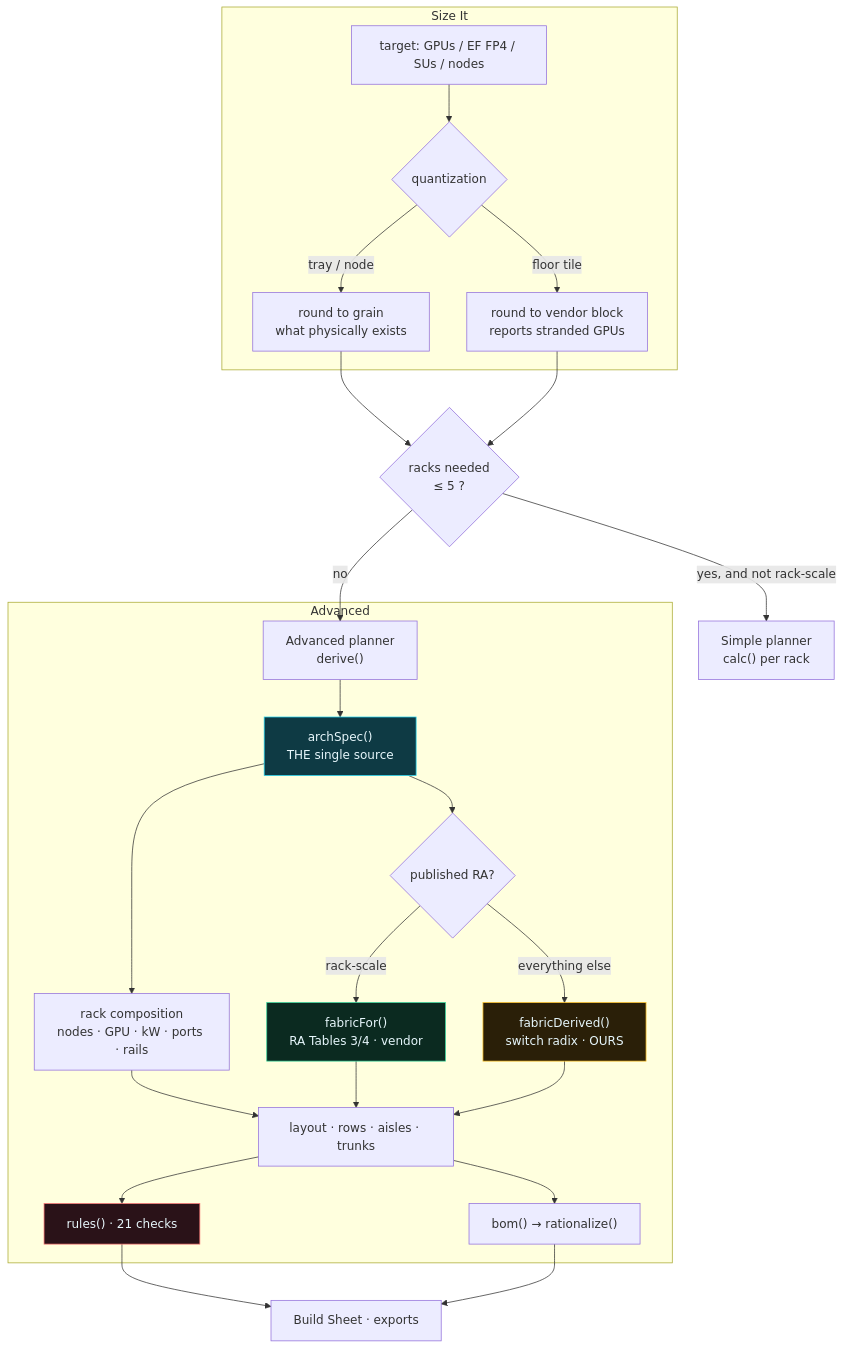
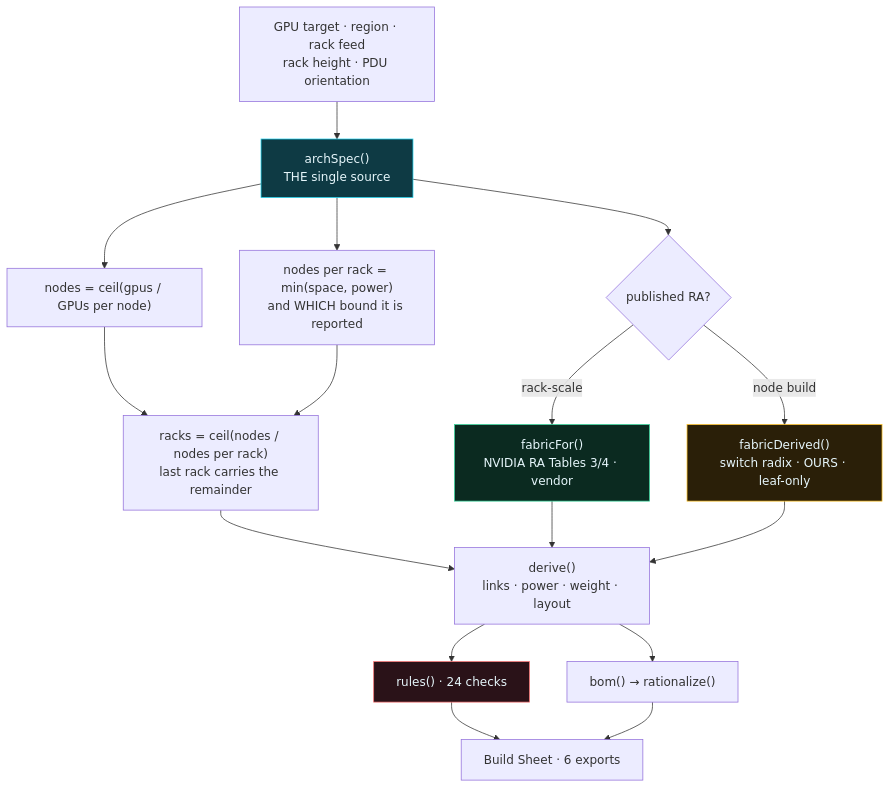
One commit to pduggusa/dugganusa-penguinsizer changed the first of 2 diagrams in docs/MODEL-AND-FLOW.md. Above: the diagram before and after it, drawn with Mermaid. The commit also changed other lines of this file and 1 other file, not shown here.

````diff
--- a/docs/MODEL-AND-FLOW.md
+++ b/docs/MODEL-AND-FLOW.md
@@ -20,35 +18,27 @@
 ```mermaid
 flowchart TB
-  subgraph SIZE ["Size It"]
-    T["target: GPUs / EF FP4 / SUs / nodes"] --> Q{"quantization"}
-    Q -->|tray / node| GR["round to grain<br/>what physically exists"]
-    Q -->|floor tile| TI["round to vendor block<br/>reports stranded GPUs"]
-  end
+  IN["GPU target · region · rack feed<br/>rack height · PDU orientation"] --> AS["archSpec()<br/>THE single source"]
 
-  GR --> ROUTE
-  TI --> ROUTE
-  ROUTE{"racks needed<br/>&le; 5 ?"}
-  ROUTE -->|yes, and not rack-scale| SIMPLE["Simple planner<br/>calc() per rack"]
-  ROUTE -->|no| ADV["Advanced planner<br/>derive()"]
+  AS --> N["nodes = ceil(gpus / GPUs per node)"]
+  AS --> R["nodes per rack = min(space, power)<br/>and WHICH bound it is reported"]
+  N --> RK["racks = ceil(nodes / nodes per rack)<br/>last rack carries the remainder"]
+  R --> RK
 
-  subgraph ADVBOX ["Advanced"]
-    ADV --> AS["archSpec()<br/>THE single source"]
-    AS --> COMP["rack composition<br/>nodes · GPU · kW · ports · rails"]
-    AS --> FAB{"published RA?"}
-    FAB -->|rack-scale| FT["fabricFor()<br/>RA Tables 3/4 · vendor"]
-    FAB -->|everything else| FD["fabricDerived()<br/>switch radix · OURS"]
-    COMP --> LAY["layout · rows · aisles · trunks"]
-    FT --> LAY
-    FD --> LAY
-    LAY --> RULES["rules() · 21 checks"]
-    LAY --> BOM["bom() → rationalize()"]
-  end
+  AS --> FAB{"published RA?"}
+  FAB -->|rack-scale| FT["fabricFor()<br/>NVIDIA RA Tables 3/4 · vendor"]
+  FAB -->|node build| FD["fabricDerived()<br/>switch radix · OURS · leaf-only"]
 
-  RULES --> OUT["Build Sheet · exports"]
+  RK --> M["derive()<br/>links · power · weight · layout"]
+  FT --> M
+  FD --> M
+
+  M --> RU["rules() · 24 checks"]
+  M --> BOM["bom() → rationalize()"]
+  RU --> OUT["Build Sheet · 6 exports"]
   BOM --> OUT
 
   style AS fill:#0e3a44,stroke:#22d3ee,color:#e6f6fb
   style FD fill:#2a1f08,stroke:#fbbf24,color:#e6f6fb
   style FT fill:#0b2a20,stroke:#34d399,color:#e6f6fb
-  style RULES fill:#2a1218,stroke:#f87171,color:#e6f6fb
+  style RU fill:#2a1218,stroke:#f87171,color:#e6f6fb
 ```
````
